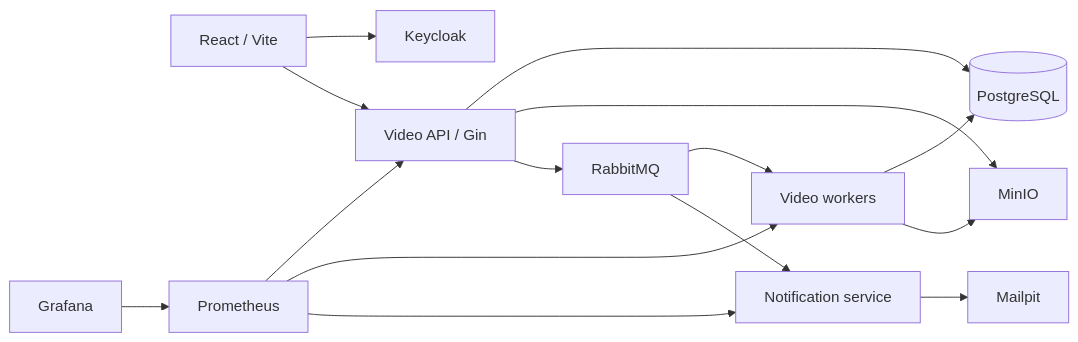
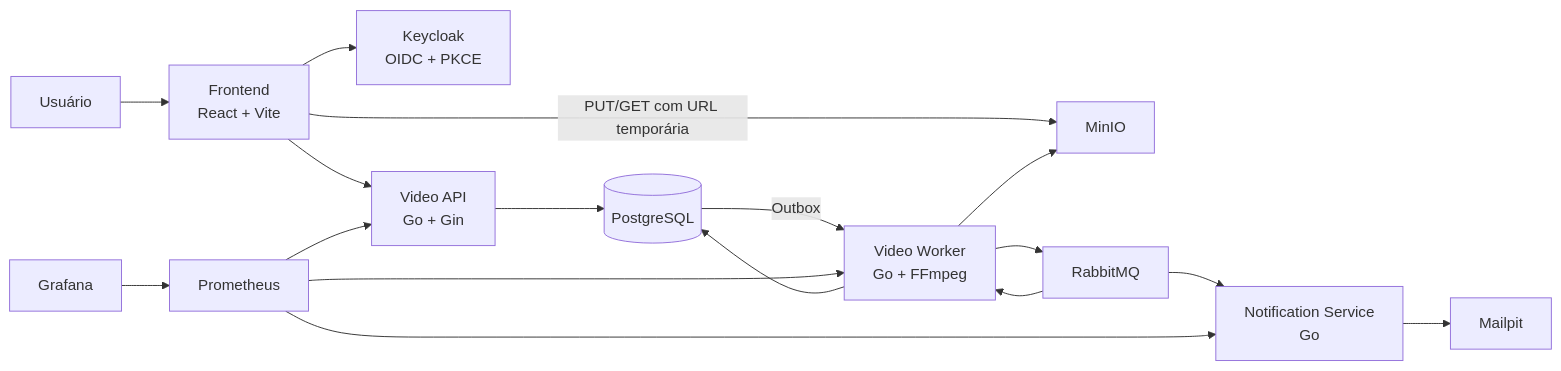
The first of 2 diagrams in README.md (gustavodetoni/tech-challenge-hackathon), drawn with Mermaid before and after one commit. The commit also changed other lines of this file and 2 other files, not shown here.

Commit message:
docs(project): document architecture and local setup

````diff
--- a/README.md
+++ b/README.md
@@ -7,17 +9,19 @@
 ```mermaid
 flowchart LR
-  Browser[React / Vite] --> KC[Keycloak]
-  Browser --> API[Video API / Gin]
-  API --> PG[(PostgreSQL)]
-  API --> S3[MinIO]
-  API --> MQ[RabbitMQ]
-  MQ --> Worker[Video workers]
-  Worker --> PG
-  Worker --> S3
-  MQ --> Notify[Notification service]
-  Notify --> Mailpit
-  Prometheus --> API
-  Prometheus --> Worker
-  Prometheus --> Notify
-  Grafana --> Prometheus
+    U[Usuário] --> FE[Frontend<br/>React + Vite]
+    FE --> KC[Keycloak<br/>OIDC + PKCE]
+    FE --> API[Video API<br/>Go + Gin]
+    FE -->|PUT/GET com URL temporária| S3[MinIO]
+    API --> PG[(PostgreSQL)]
+    W[Video Worker<br/>Go + FFmpeg] --> PG
+    W --> S3
+    PG -->|Outbox| W
+    W --> MQ[RabbitMQ]
+    MQ --> W
+    MQ --> N[Notification Service<br/>Go]
+    N --> MP[Mailpit]
+    P[Prometheus] --> API
+    P --> W
+    P --> N
+    G[Grafana] --> P
 ```
````
